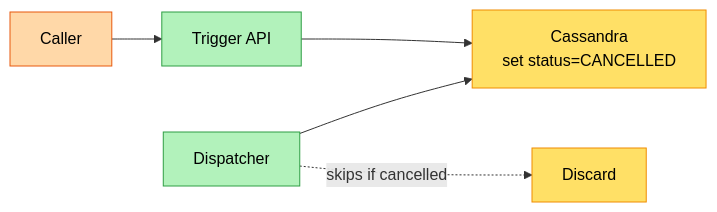
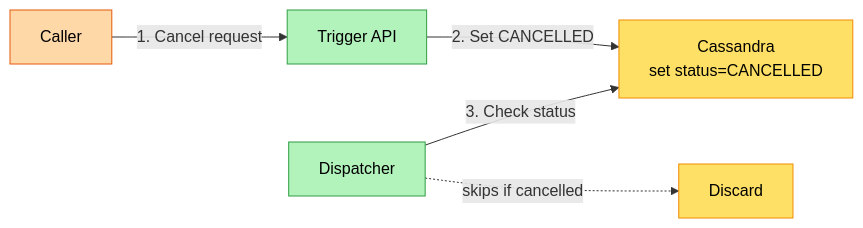
One commit to iluzn/HLD-Designs changed the fifth of 10 diagrams in content/hld/DelayedTriggerService.md. Above: the diagram before and after it, drawn with Mermaid. The commit also changed other lines of this file and 27 other files, not shown here.

````diff
--- a/content/hld/DelayedTriggerService.md
+++ b/content/hld/DelayedTriggerService.md
@@ -283,14 +283,14 @@
 ```mermaid
 flowchart LR
-  Caller2["Caller"] --> API3["Trigger API"]
-  API3 --> DB2["Cassandra<br/>set status=CANCELLED"]
-  Disp2["Dispatcher"] --> DB2
+  Caller2["Caller"] -->|"1. Cancel request"| API3["Trigger API"]
+  API3 -->|"2. Set CANCELLED"| DB2["Cassandra<br/>set status=CANCELLED"]
+  Disp2["Dispatcher"] -->|"3. Check status"| DB2
   Disp2 -.skips if cancelled.-> Drop["Discard"]
 
   classDef client fill:#FFD8A8,stroke:#E8590C,color:#000
   classDef service fill:#B2F2BB,stroke:#2F9E44,color:#000
   classDef data fill:#FFE066,stroke:#F08C00,color:#000
   class Caller2 client
   class API3,Disp2 service
   class DB2,Drop data
 ```
````
